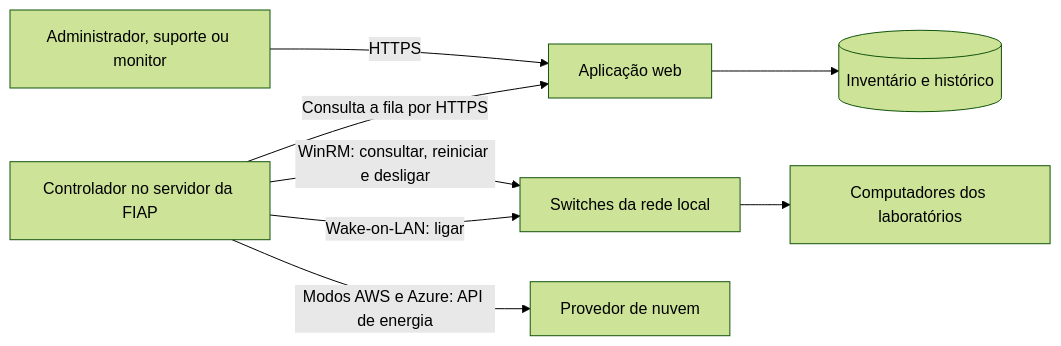
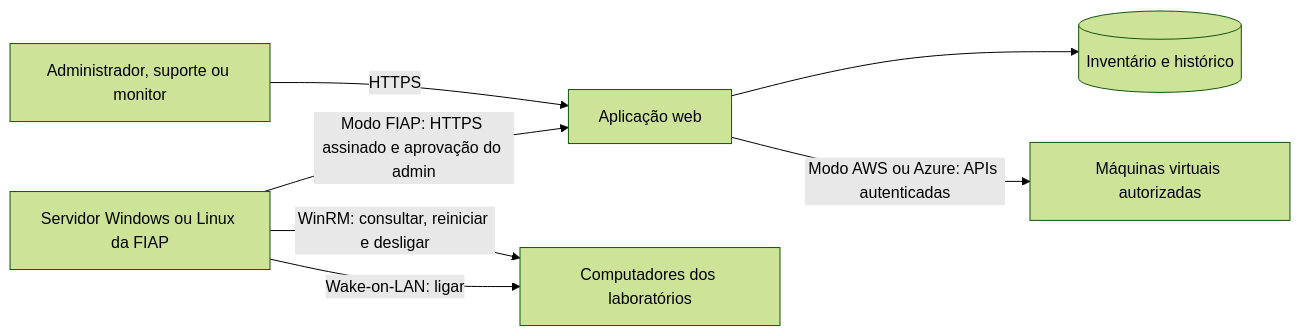
The diagram in README.md (5forzin/fiap-switch), drawn with Mermaid (forest theme) before and after one commit. The commit also changed other lines of this file and 51 other files, not shown here.

````diff
--- a/README.md
+++ b/README.md
@@ -91,10 +92,9 @@
 ```mermaid
 flowchart LR
     U[Administrador, suporte ou monitor] -->|HTTPS| W[Aplicação web]
-    C[Controlador no servidor da FIAP] -->|Consulta a fila por HTTPS| W
     W --> D[(Inventário e histórico)]
-    C -->|WinRM: consultar, reiniciar e desligar| S[Switches da rede local]
-    C -->|Wake-on-LAN: ligar| S
-    C -->|Modos AWS e Azure: API de energia| N[Provedor de nuvem]
-    S --> P[Computadores dos laboratórios]
+    W -->|Modo AWS ou Azure: APIs autenticadas| N[Máquinas virtuais autorizadas]
+    C[Servidor Windows ou Linux da FIAP] -->|Modo FIAP: HTTPS assinado e aprovação do admin| W
+    C -->|WinRM: consultar, reiniciar e desligar| P[Computadores dos laboratórios]
+    C -->|Wake-on-LAN: ligar| P
 ```
````
